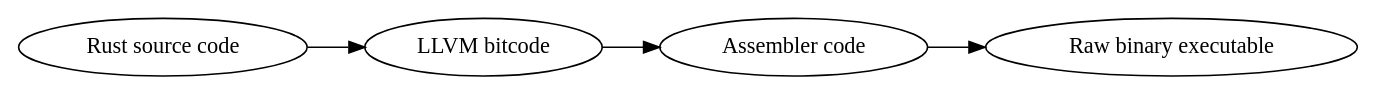
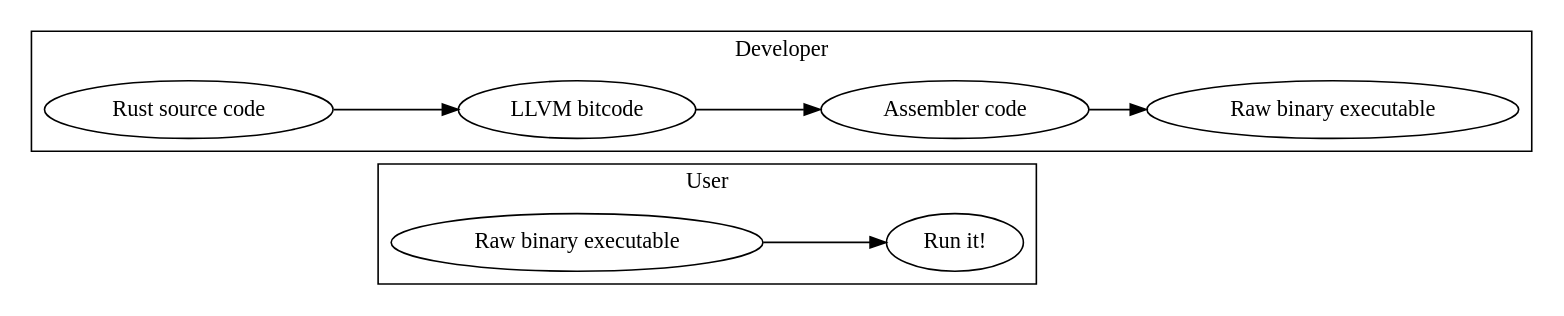
One commit to Idolf/rust-TAL changed the diagram in slides/attempt1.dot. Above: the diagram before and after it, drawn with Graphviz. The commit also changed 4 other files, not shown here.

```diff
--- a/slides/attempt1.dot
+++ b/slides/attempt1.dot
@@ -1,9 +1,21 @@
 digraph {
     rankdir = LR;
-    rust[label="Rust source code"];
-    llvm[label="LLVM bitcode"];
-    asm[label="Assembler code"];
-    raw[label="Raw binary executable"];
+    subgraph cluster_0 {
+       rust[label="Rust source code"];
+       llvm[label="LLVM bitcode"];
+       asm[label="Assembler code"];
+       raw[label="Raw binary executable"];
+       rust -> llvm -> asm -> raw;
+       label = "Developer";
+   }
 
-    rust -> llvm -> asm -> raw;
+   rust->raw1[style="invis"];
+
+
+   subgraph cluster_1 {
+       raw1[label="Raw binary executable"];
+       run[label="Run it!"];
+       raw1 -> run;
+       label = "User";
+   }
 }
```
